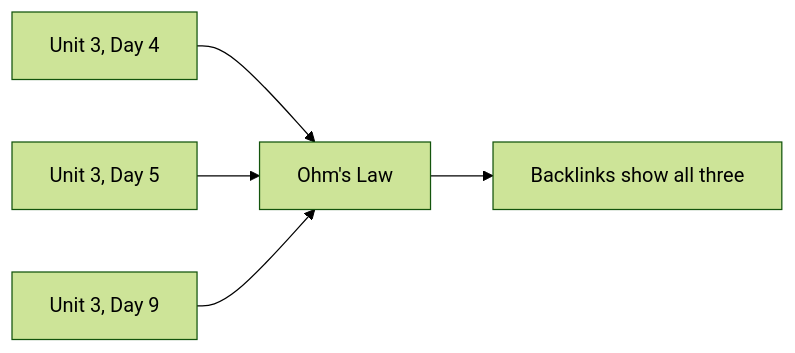
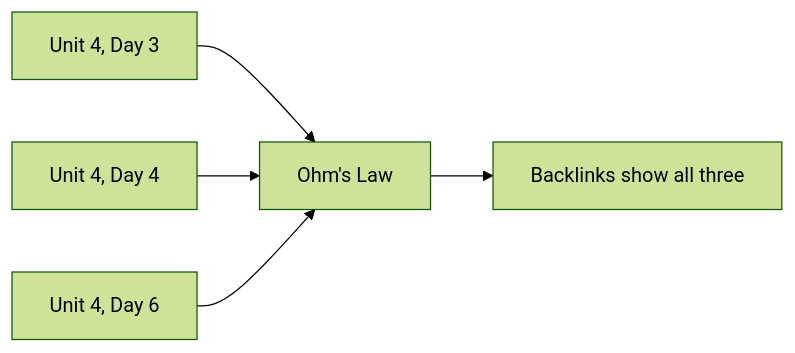
Before and after one commit to russellgordon/containerized-quartz-for-teachers: the diagram in support/example_content/SNC1W/shared/Style/How This Site Is Organised.md, drawn with Mermaid (forest theme). The commit also changed 52 other files, not shown here.

````diff
--- a/support/example_content/SNC1W/shared/Style/How This Site Is Organised.md
+++ b/support/example_content/SNC1W/shared/Style/How This Site Is Organised.md
@@ -28,7 +28,7 @@
 ```mermaid
 graph LR
-    D1["Unit 3, Day 4"] --> OHM["Ohm's Law"]
-    D2["Unit 3, Day 5"] --> OHM
-    D3["Unit 3, Day 9"] --> OHM
+    D1["Unit 4, Day 3"] --> OHM["Ohm's Law"]
+    D2["Unit 4, Day 4"] --> OHM
+    D3["Unit 4, Day 6"] --> OHM
     OHM --> BL["Backlinks show all three"]
 ```
````
